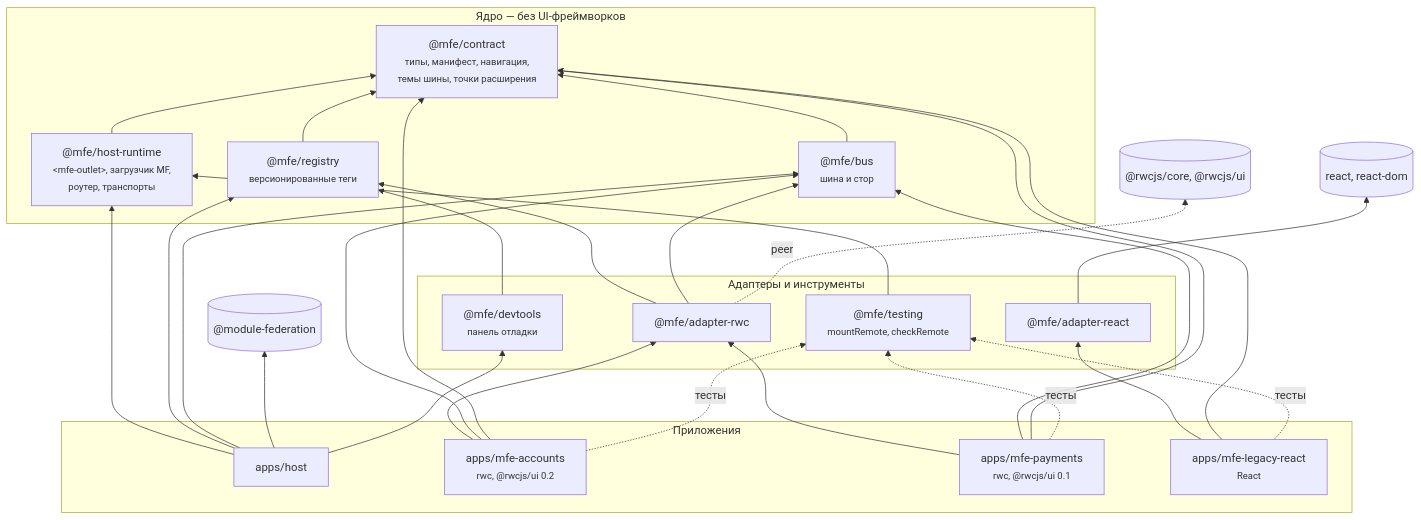
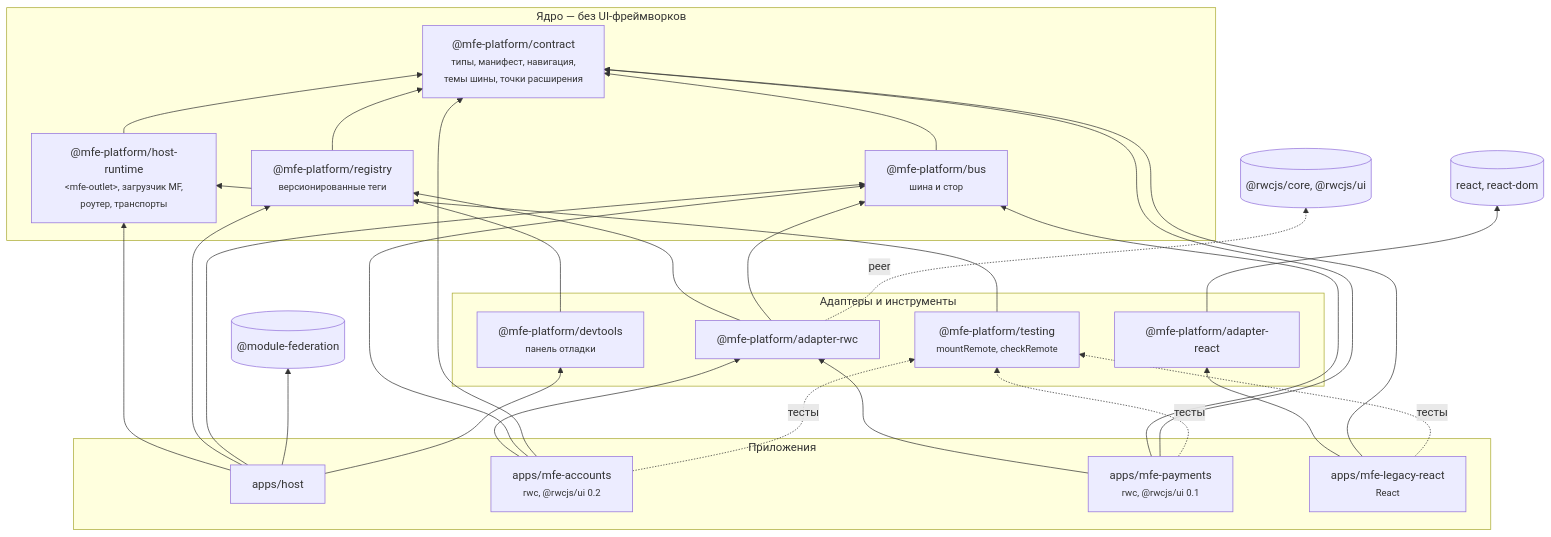
The first of 9 diagrams in docs/architecture.md (tamazyanarsen/mfe-platform), drawn with Mermaid before and after one commit. The commit also changed other lines of this file and 106 other files, not shown here.

First line of the commit message:
refactor: scope @mfe-platform, сборка ремоута — пакет @mfe-platform/rsbuild

````diff
--- a/docs/architecture.md
+++ b/docs/architecture.md
@@ -16,54 +16,54 @@
 ```mermaid
 flowchart BT
   subgraph core["Ядро — без UI-фреймворков"]
-    contract["@mfe/contract<br/><small>типы, манифест, навигация,<br/>темы шины, точки расширения</small>"]
-    runtime["@mfe/host-runtime<br/><small>#lt;mfe-outlet#gt;, загрузчик MF,<br/>роутер, транспорты</small>"]
-    registry["@mfe/registry<br/><small>версионированные теги</small>"]
-    bus["@mfe/bus<br/><small>шина и стор</small>"]
+    contract["@mfe-platform/contract<br/><small>типы, манифест, навигация,<br/>темы шины, точки расширения</small>"]
+    runtime["@mfe-platform/host-runtime<br/><small>#lt;mfe-outlet#gt;, загрузчик MF,<br/>роутер, транспорты</small>"]
+    registry["@mfe-platform/registry<br/><small>версионированные теги</small>"]
+    bus["@mfe-platform/bus<br/><small>шина и стор</small>"]
   end
 
   subgraph adapters["Адаптеры и инструменты"]
-    arwc["@mfe/adapter-rwc"]
-    areact["@mfe/adapter-react"]
-    testing["@mfe/testing<br/><small>mountRemote, checkRemote</small>"]
-    devtools["@mfe/devtools<br/><small>панель отладки</small>"]
+    arwc["@mfe-platform/adapter-rwc"]
+    areact["@mfe-platform/adapter-react"]
+    testing["@mfe-platform/testing<br/><small>mountRemote, checkRemote</small>"]
+    devtools["@mfe-platform/devtools<br/><small>панель отладки</small>"]
   end
 
   subgraph apps["Приложения"]
     host["apps/host"]
     acc["apps/mfe-accounts<br/><small>rwc, @rwcjs/ui 0.2</small>"]
     pay["apps/mfe-payments<br/><small>rwc, @rwcjs/ui 0.1</small>"]
     leg["apps/mfe-legacy-react<br/><small>React</small>"]
   end
 
   rwc[("@rwcjs/core, @rwcjs/ui")]
   react[("react, react-dom")]
   mf[("@module-federation")]
 
   runtime --> contract
   registry --> contract
   bus --> contract
 
   arwc --> registry
   arwc --> bus
   arwc -. peer .-> rwc
   areact --> react
   testing --> runtime
   devtools --> registry
 
   host --> runtime
   host --> registry
   host --> bus
   host --> mf
   host --> devtools
 
   acc --> arwc
   acc --> bus
   acc --> contract
   pay --> arwc
   pay --> bus
   pay --> contract
   leg --> areact
   leg --> contract
   acc & pay & leg -. "тесты" .-> testing
 ```
````
